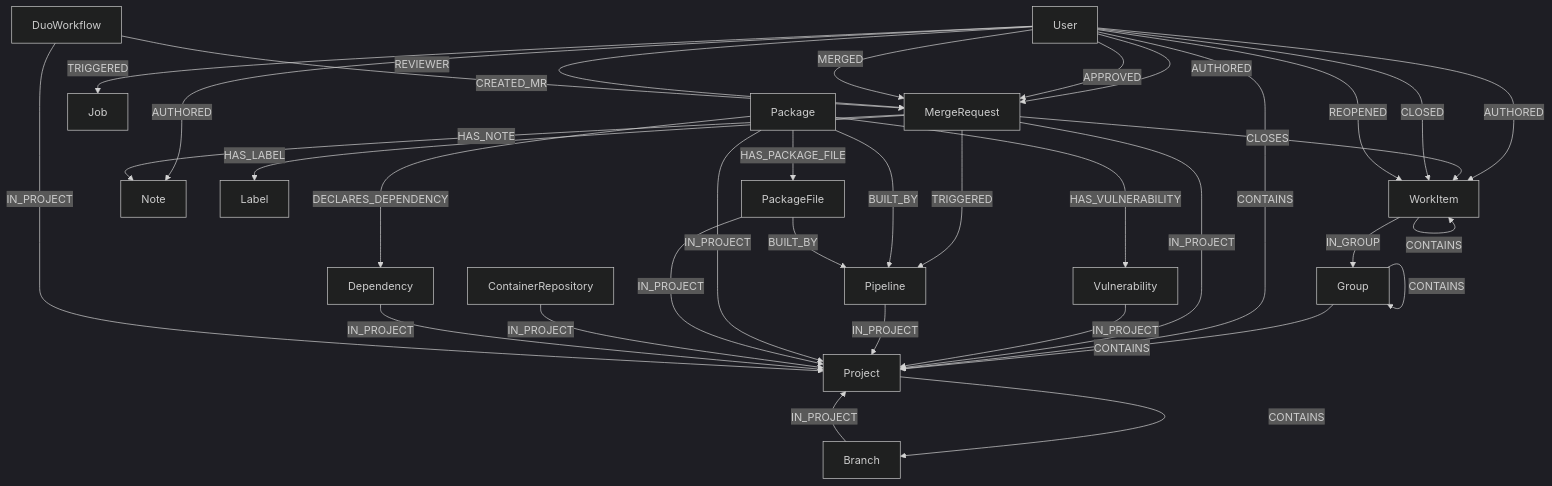
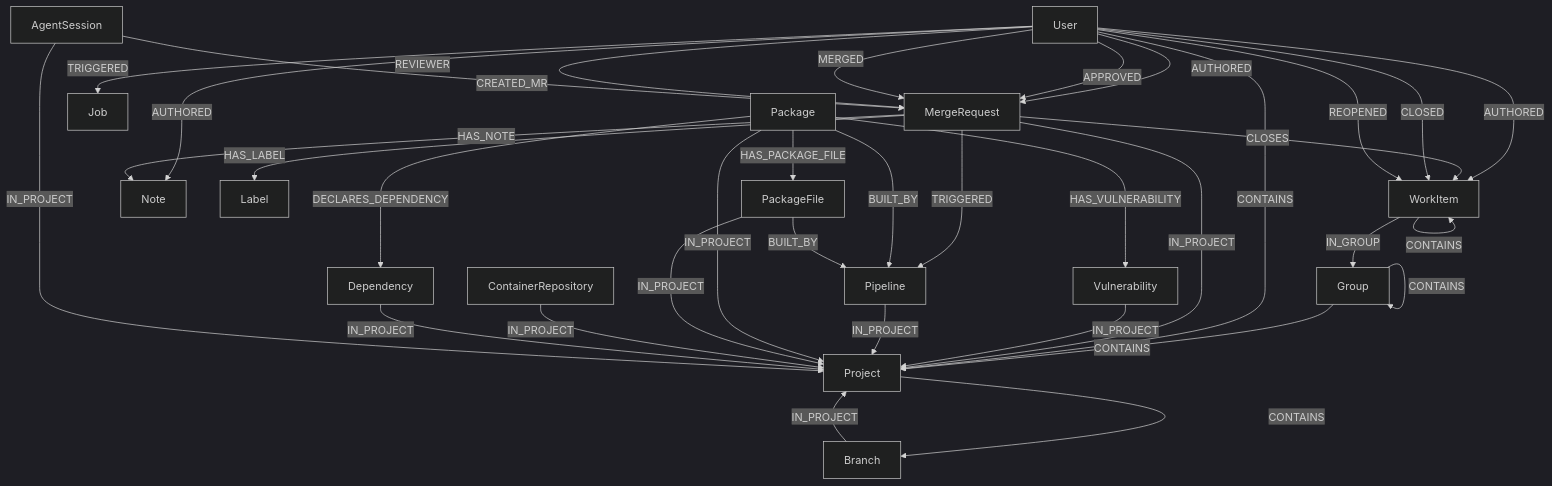
Before and after one commit to gitlabhq/orbit-knowledge-graph: the first of 2 diagrams in docs/design-documents/data_model.md, drawn with Mermaid (dark theme). The commit also changed other lines of this file and 21 other files, not shown here.

First line of the commit message:
feat(ontology): reshape DuoWorkflow into AgentSession on governance sessions

````diff
--- a/docs/design-documents/data_model.md
+++ b/docs/design-documents/data_model.md
@@ -68,42 +68,42 @@
 ```mermaid
 graph TD
     Group -- CONTAINS --> Project
     Group -- CONTAINS --> Group
     User -- CONTAINS --> Project
     Project -- CONTAINS --> Branch
     WorkItem -- CONTAINS --> WorkItem
 
     MergeRequest -- IN_PROJECT --> Project
     Vulnerability -- IN_PROJECT --> Project
     Pipeline -- IN_PROJECT --> Project
     Branch -- IN_PROJECT --> Project
 
     User -- AUTHORED --> MergeRequest
     User -- AUTHORED --> WorkItem
     User -- AUTHORED --> Note
     MergeRequest -- HAS_NOTE --> Note
     MergeRequest -- HAS_LABEL --> Label
 
     MergeRequest -- CLOSES --> WorkItem
     MergeRequest -- TRIGGERED --> Pipeline
     User -- TRIGGERED --> Job
 
     WorkItem -- IN_GROUP --> Group
     User -- APPROVED --> MergeRequest
     User -- MERGED --> MergeRequest
     User -- REVIEWER --> MergeRequest
     User -- CLOSED --> WorkItem
     User -- REOPENED --> WorkItem
 
     Package -- IN_PROJECT --> Project
     Package -- BUILT_BY --> Pipeline
     Package -- DECLARES_DEPENDENCY --> Dependency
     Package -- HAS_VULNERABILITY --> Vulnerability
     Package -- HAS_PACKAGE_FILE --> PackageFile
     PackageFile -- IN_PROJECT --> Project
     PackageFile -- BUILT_BY --> Pipeline
     ContainerRepository -- IN_PROJECT --> Project
     Dependency -- IN_PROJECT --> Project
-    DuoWorkflow -- IN_PROJECT --> Project
-    DuoWorkflow -- CREATED_MR --> MergeRequest
+    AgentSession -- IN_PROJECT --> Project
+    AgentSession -- CREATED_MR --> MergeRequest
 ```
````
